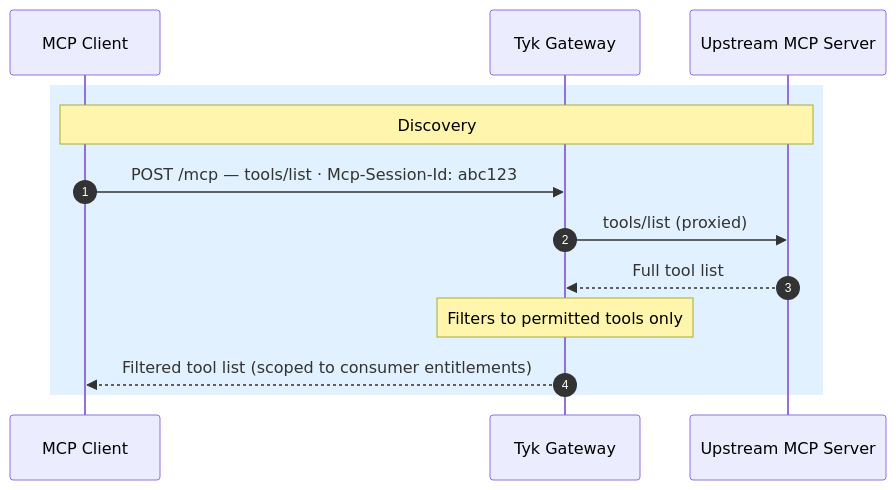
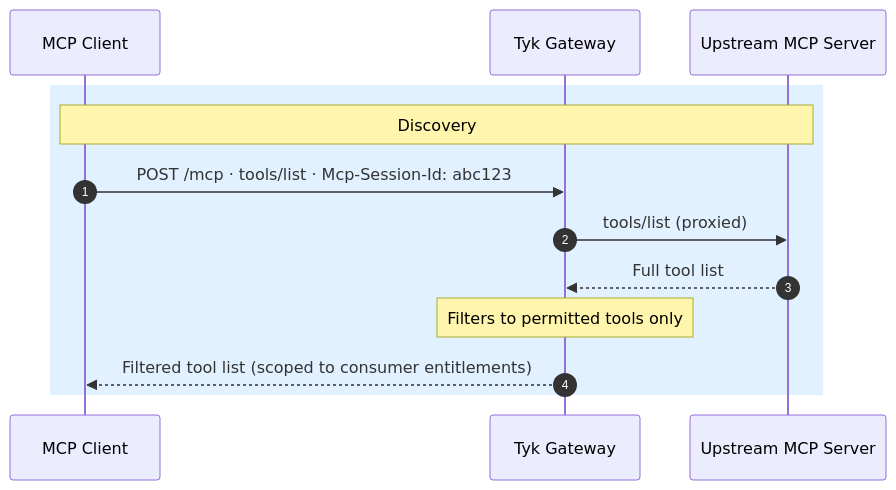
One commit to TykTechnologies/tyk-docs changed the third of 5 diagrams in ai-management/mcp-gateway/core-concepts.mdx. Above: the diagram before and after it, drawn with Mermaid. The commit also changed other lines of this file and 8 other files, not shown here.

````diff
--- a/ai-management/mcp-gateway/core-concepts.mdx
+++ b/ai-management/mcp-gateway/core-concepts.mdx
@@ -227,16 +227,16 @@
 ```mermaid
 sequenceDiagram
     autonumber
     participant C as MCP Client
     participant T as Tyk Gateway
     participant U as Upstream MCP Server
 
     rect rgba(56, 160, 255, 0.15)
         Note over C,U: Discovery
-        C->>T: POST /mcp — tools/list · Mcp-Session-Id: abc123
+        C->>T: POST /mcp · tools/list · Mcp-Session-Id: abc123
         T->>U: tools/list (proxied)
         U-->>T: Full tool list
         Note over T: Filters to permitted tools only
         T-->>C: Filtered tool list (scoped to consumer entitlements)
     end
 ```
````
